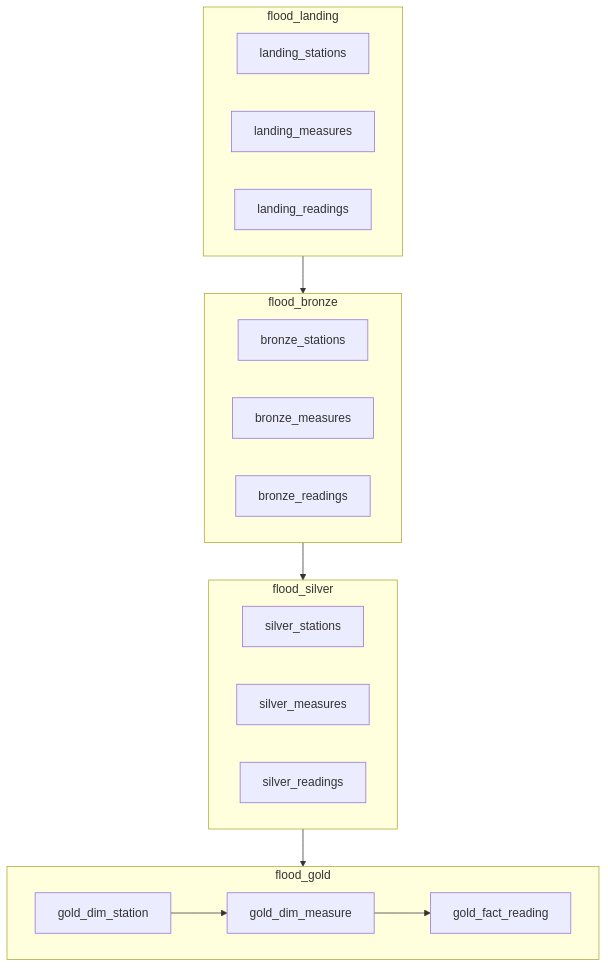
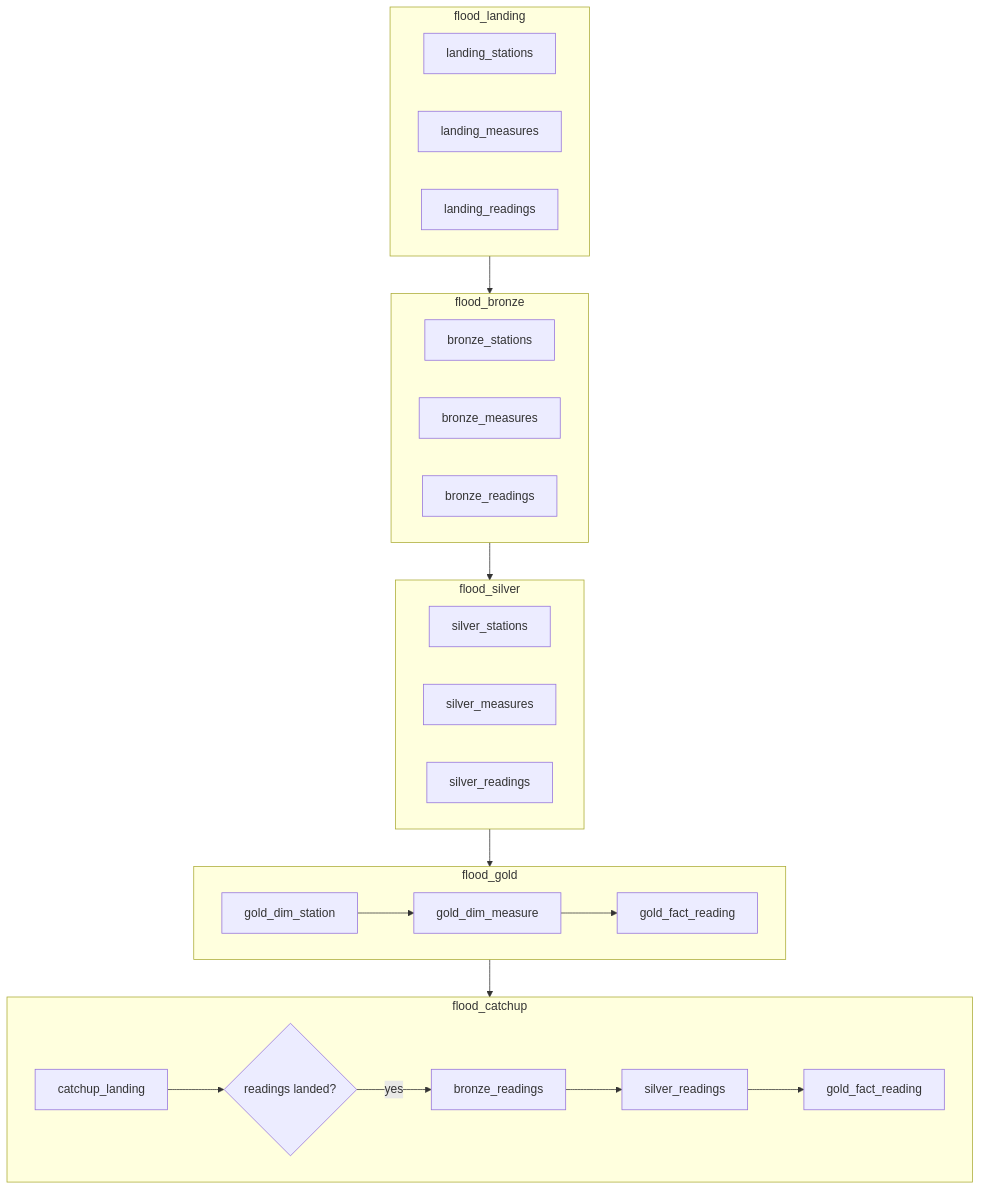
Before and after one commit to Fury0508/flood-monitoring-pipeline: the second of 2 diagrams in README.md, drawn with Mermaid. The commit also changed other lines of this file and 23 other files, not shown here.

````diff
--- a/README.md
+++ b/README.md
@@ -47,30 +47,35 @@
 ```mermaid
 flowchart TB
     subgraph FL [flood_landing]
         direction LR
         ls[landing_stations]
         lm[landing_measures]
         lr[landing_readings]
     end
 
     subgraph FB [flood_bronze]
         direction LR
         bs[bronze_stations]
         bm[bronze_measures]
         br[bronze_readings]
     end
 
     subgraph FS [flood_silver]
         direction LR
         ss[silver_stations]
         sm[silver_measures]
         sr[silver_readings]
     end
 
     subgraph FG [flood_gold]
         direction LR
         gs[gold_dim_station] --> gm[gold_dim_measure] --> gf[gold_fact_reading]
     end
 
-    FL --> FB --> FS --> FG
+    subgraph FC [flood_catchup]
+        direction LR
+        cl[catchup_landing] --> hr{readings landed?} -->|yes| cb[bronze_readings] --> cs[silver_readings] --> cg[gold_fact_reading]
+    end
+
+    FL --> FB --> FS --> FG --> FC
 ```
````
